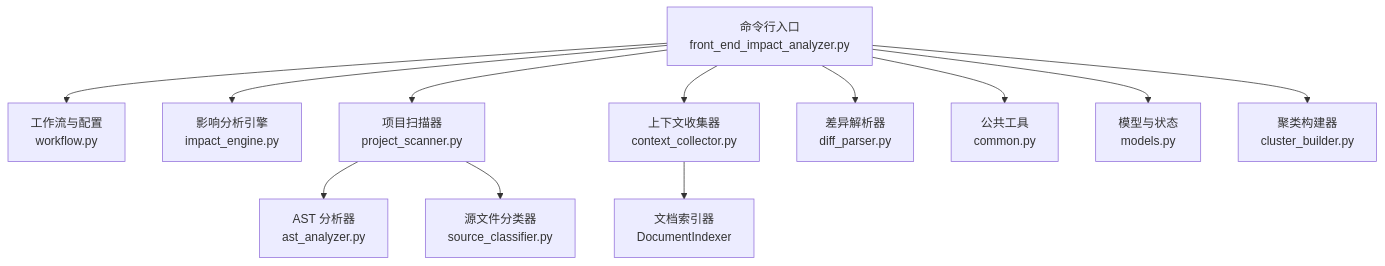
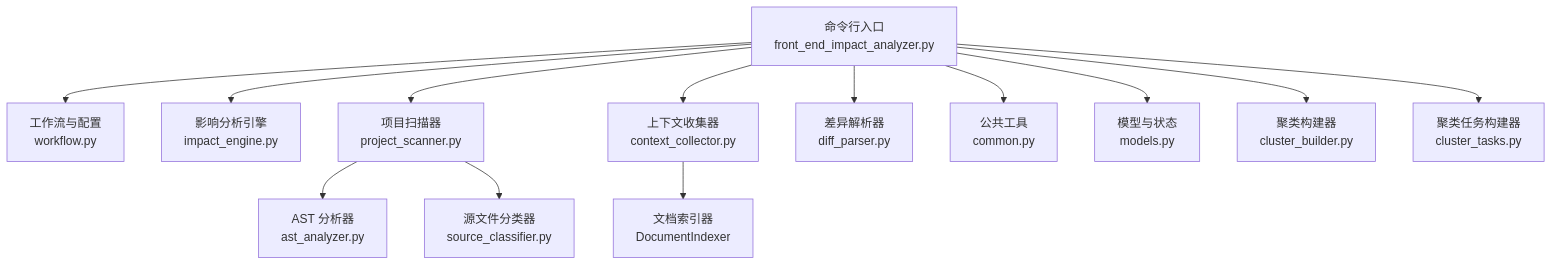
One commit to brand-new-remo/frontend-impact-analyzer changed the first of 13 diagrams in .qoder/repowiki/zh/content/高级用法/性能优化.md. Above: the diagram before and after it, drawn with Mermaid. The commit also changed other lines of this file and 7 other files, not shown here.

````diff
--- a/.qoder/repowiki/zh/content/高级用法/性能优化.md
+++ b/.qoder/repowiki/zh/content/高级用法/性能优化.md
@@ -49,14 +50,15 @@
 ```mermaid
 graph TB
 CLI["命令行入口<br/>front_end_impact_analyzer.py"] --> WF["工作流与配置<br/>workflow.py"]
 CLI --> ENG["影响分析引擎<br/>impact_engine.py"]
 CLI --> PS["项目扫描器<br/>project_scanner.py"]
 PS --> AST["AST 分析器<br/>ast_analyzer.py"]
 PS --> CL["源文件分类器<br/>source_classifier.py"]
 CLI --> DC["上下文收集器<br/>context_collector.py"]
 DC --> DI["文档索引器<br/>DocumentIndexer"]
 CLI --> DP["差异解析器<br/>diff_parser.py"]
 CLI --> CMN["公共工具<br/>common.py"]
 CLI --> MD["模型与状态<br/>models.py"]
 CLI --> CB["聚类构建器<br/>cluster_builder.py"]
+CLI --> CT["聚类任务构建器<br/>cluster_tasks.py"]
 ```
````
